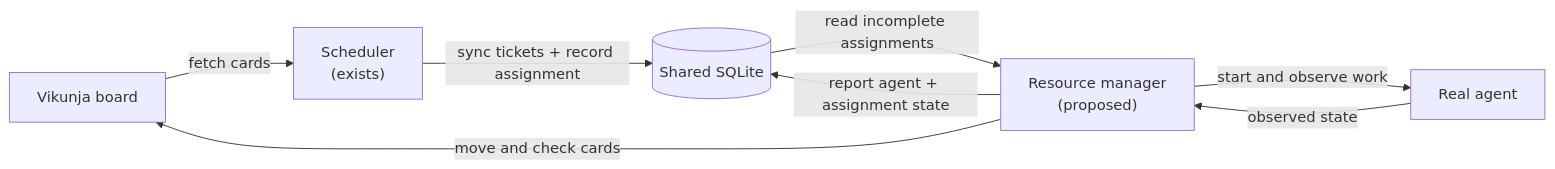
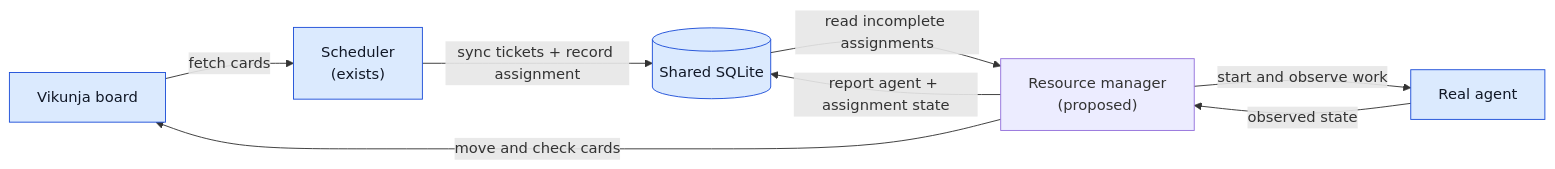
The first of 3 diagrams in agent-team/apps/agent-resource-manager/docs/flowchart.md (lgdelacruz92/agent-team), drawn with Mermaid before and after one commit. The commit also changed other lines of this file and 2 other files, not shown here.

Commit message:
docs: distinguish external resource manager components

````diff
--- a/agent-team/apps/agent-resource-manager/docs/flowchart.md
+++ b/agent-team/apps/agent-resource-manager/docs/flowchart.md
@@ -9,10 +9,12 @@
 ```mermaid
 flowchart LR
     V["Vikunja board"] -->|"fetch cards"| S["Scheduler<br/>(exists)"]
     S -->|"sync tickets + record assignment"| DB[("Shared SQLite")]
     DB -->|"read incomplete assignments"| RM["Resource manager<br/>(proposed)"]
     RM -->|"start and observe work"| A["Real agent"]
     A -->|"observed state"| RM
     RM -->|"report agent + assignment state"| DB
     RM -->|"move and check cards"| V
+    classDef external fill:#dbeafe,stroke:#1d4ed8,color:#111827
+    class V,S,DB,A external
 ```
````
